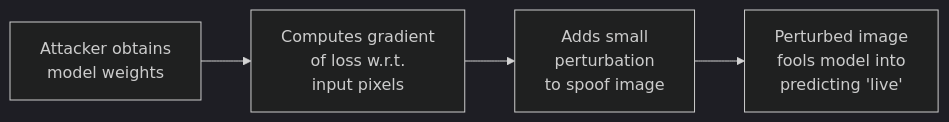
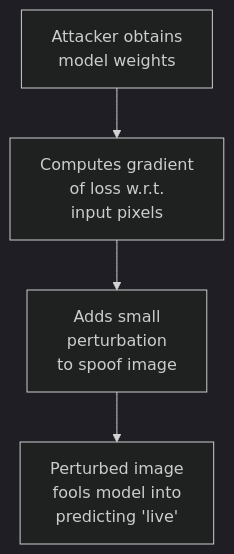
The first of 2 diagrams in docs/03-attack-landscape/adversarial-ml.md (Nivratti/ekyc-face-liveness-playbook), drawn with Mermaid (dark theme) before and after one commit. The commit also changed 31 other files, not shown here.

Commit message:
docs: improve mermaid diagram readability by converting wide flows to vertical layouts

````diff
--- a/docs/03-attack-landscape/adversarial-ml.md
+++ b/docs/03-attack-landscape/adversarial-ml.md
@@ -15,6 +15,6 @@
 ```mermaid
-graph LR
+graph TD
     A["Attacker obtains<br>model weights"] --> B["Computes gradient<br>of loss w.r.t.<br>input pixels"]
     B --> C["Adds small<br>perturbation<br>to spoof image"]
     C --> D["Perturbed image<br>fools model into<br>predicting 'live'"]
 ```
````
